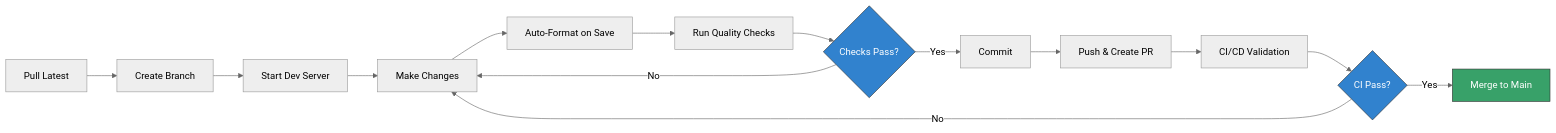
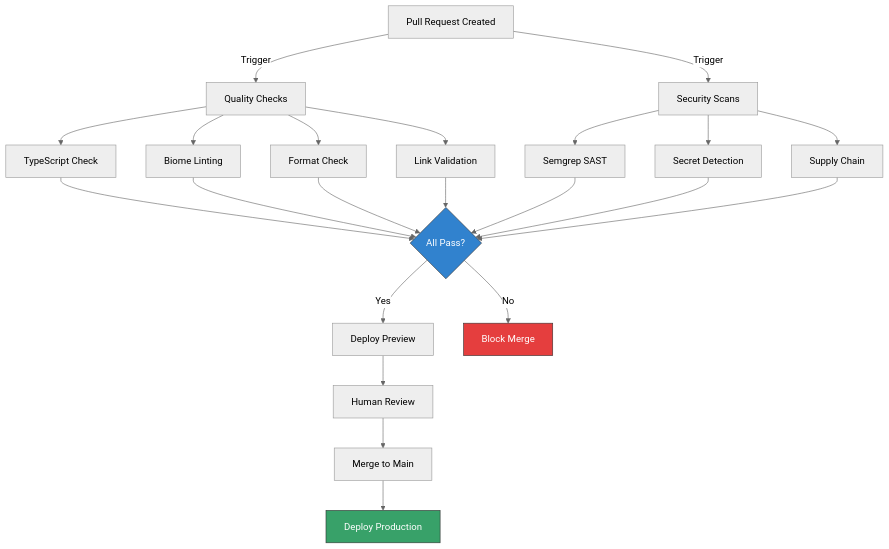
Before and after one commit to team4procoaching/website: the second of 2 diagrams in docs/DEVELOPMENT.md, drawn with Mermaid (neutral theme). The commit also changed other lines of this file and 10 other files, not shown here.

````diff
--- a/docs/DEVELOPMENT.md
+++ b/docs/DEVELOPMENT.md
@@ -324,20 +276,33 @@
 ```mermaid
-graph LR
-    A[Pull Latest] --> B[Create Branch]
-    B --> C[Start Dev Server]
-    C --> D[Make Changes]
-    D --> E[Auto-Format on Save]
-    E --> F[Run Quality Checks]
-    F --> G{Checks Pass?}
-    G -->|Yes| H[Commit]
-    G -->|No| D
-    H --> I[Push & Create PR]
-    I --> J[CI/CD Validation]
-    J --> K{CI Pass?}
-    K -->|Yes| L[Merge to Main]
-    K -->|No| D
+graph TD
+    PR[Pull Request Created] -->|Trigger| CI_Quality[Quality Checks]
+    PR -->|Trigger| CI_Security[Security Scans]
 
-    style G fill:#3182ce,stroke:#333,color:#fff
-    style K fill:#3182ce,stroke:#333,color:#fff
-    style L fill:#38a169,stroke:#333,color:#fff
+    CI_Quality --> TypeCheck[TypeScript Check]
+    CI_Quality --> Lint[Biome Linting]
+    CI_Quality --> Format[Format Check]
+    CI_Quality --> Links[Link Validation]
+
+    CI_Security --> Semgrep[Semgrep SAST]
+    CI_Security --> GitGuardian[Secret Detection]
+    CI_Security --> Socket[Supply Chain]
+
+    TypeCheck --> Gate{All Pass?}
+    Lint --> Gate
+    Format --> Gate
+    Links --> Gate
+    Semgrep --> Gate
+    GitGuardian --> Gate
+    Socket --> Gate
+
+    Gate -->|Yes| Preview[Deploy Preview]
+    Gate -->|No| Fail[Block Merge]
+
+    Preview --> Review[Human Review]
+    Review --> Merge[Merge to Main]
+    Merge --> Production[Deploy Production]
+
+    style Gate fill:#3182ce,stroke:#333,color:#fff
+    style Production fill:#38a169,stroke:#333,color:#fff
+    style Fail fill:#e53e3e,stroke:#333,color:#fff
 ```
````
